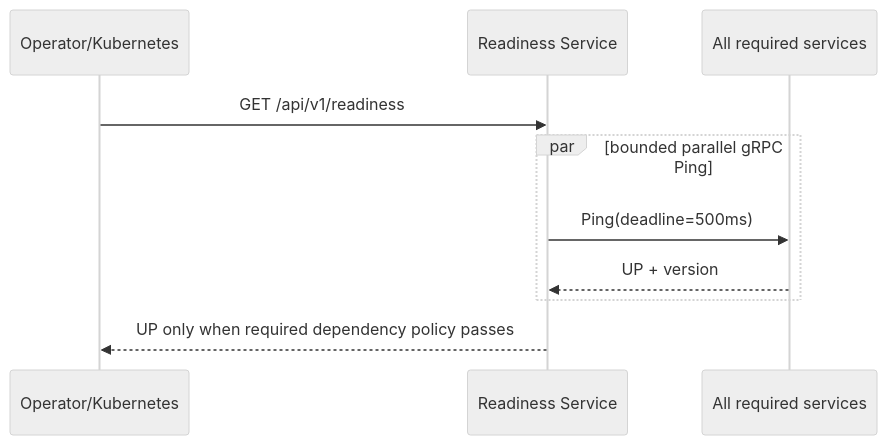
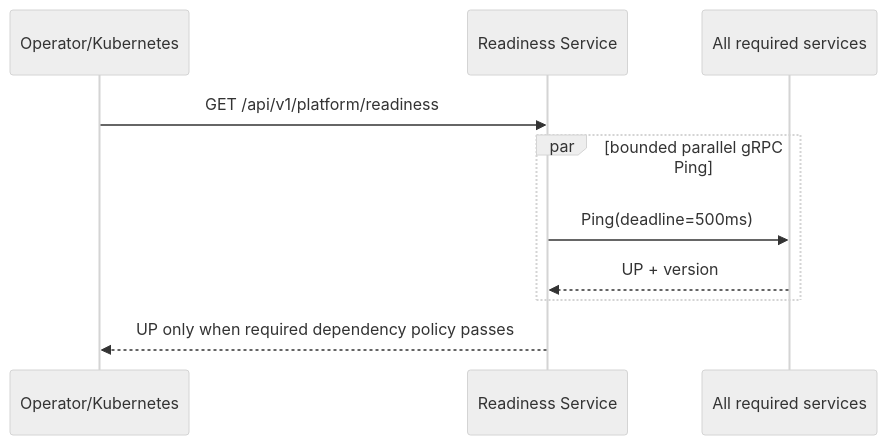
One commit to hatrongvu13/smartfarm-platform-maven-starter changed the third of 3 diagrams in docs/SEQUENCES.md. Above: the diagram before and after it, drawn with Mermaid (neutral theme). The commit also changed other lines of this file and 7 other files, not shown here.

````diff
--- a/docs/SEQUENCES.md
+++ b/docs/SEQUENCES.md
@@ -53,12 +61,12 @@
 ```mermaid
 sequenceDiagram
   participant OPS as Operator/Kubernetes
   participant R as Readiness Service
   participant S as All required services
-  OPS->>R: GET /api/v1/readiness
+  OPS->>R: GET /api/v1/platform/readiness
   par bounded parallel gRPC Ping
     R->>S: Ping(deadline=500ms)
     S-->>R: UP + version
   end
   R-->>OPS: UP only when required dependency policy passes
 ```
````
